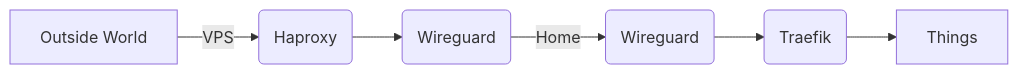
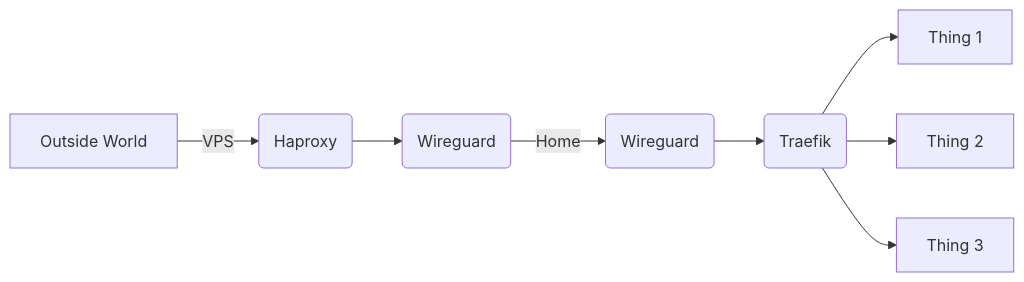
The diagram in README.md (Crec0/docker), drawn with Mermaid before and after one commit. The commit also changed other lines of this file and 36 other files, not shown here.

````diff
--- a/README.md
+++ b/README.md
@@ -12,8 +12,10 @@
 ```mermaid
 flowchart LR
     A[Outside World] -->|VPS| B(Haproxy)
     B --> C(Wireguard)
     C -->|Home| D(Wireguard)
     D --> E(Traefik)
-    E --> F[Things]
+    E --> F[Thing 1]
+    E --> G[Thing 2]
+    E --> H[Thing 3]
 ```
````
